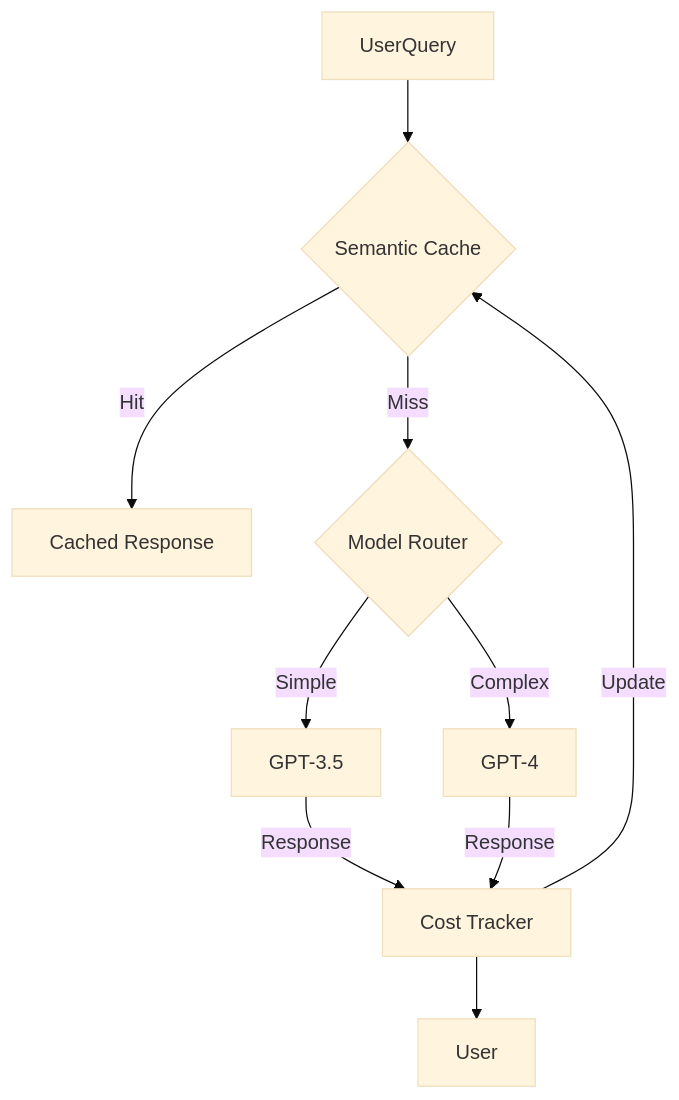
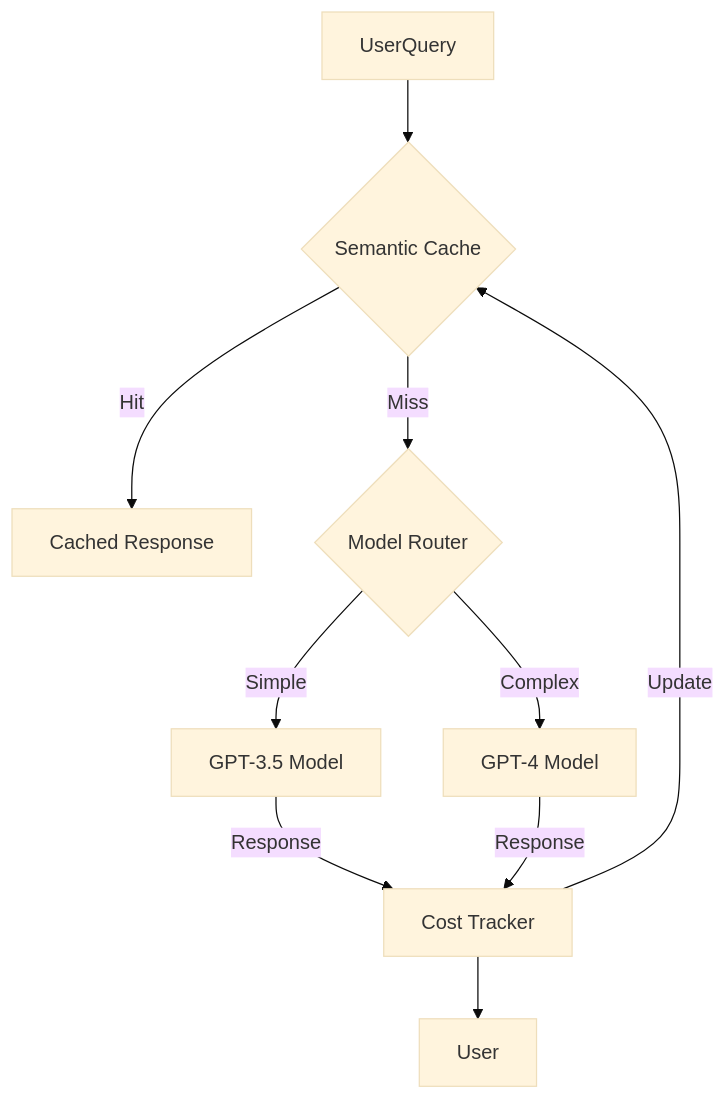
One commit to sricheru/agentic-ai-portfolio changed diagram 14 of 20 in genai_enterprise_usecases/ARCHITECTURE_GUIDE.md. Above: the diagram before and after it, drawn with Mermaid (base theme). The commit also changed other lines of this file, not shown here.

Commit message:
fix(mermaid): completely sanitize all node shapes and labels for GitHub compatibility

````diff
--- a/genai_enterprise_usecases/ARCHITECTURE_GUIDE.md
+++ b/genai_enterprise_usecases/ARCHITECTURE_GUIDE.md
@@ -309,12 +307,12 @@
 ```mermaid
 graph TD
     UserQuery --> Cache{Semantic Cache}
     Cache -->|Hit| Return[Cached Response]
     Cache -->|Miss| Router{Model Router}
-    Router -->|Simple| GPT3["GPT-3.5"]
-    Router -->|Complex| GPT4[GPT-4]
+    Router -->|Simple| GPT3["GPT-3.5 Model"]
+    Router -->|Complex| GPT4["GPT-4 Model"]
     GPT3 --> |Response| Tracker[Cost Tracker]
     GPT4 --> |Response| Tracker[Cost Tracker]
     Tracker -->|Update| Cache
     Tracker --> User
 ```
````
